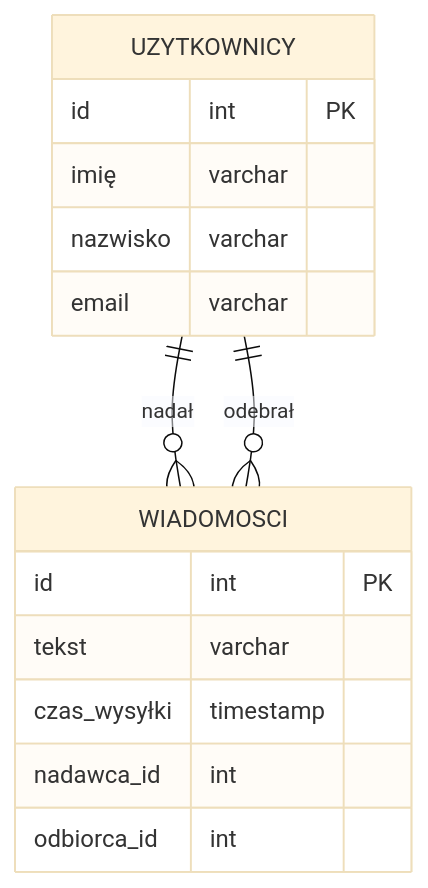
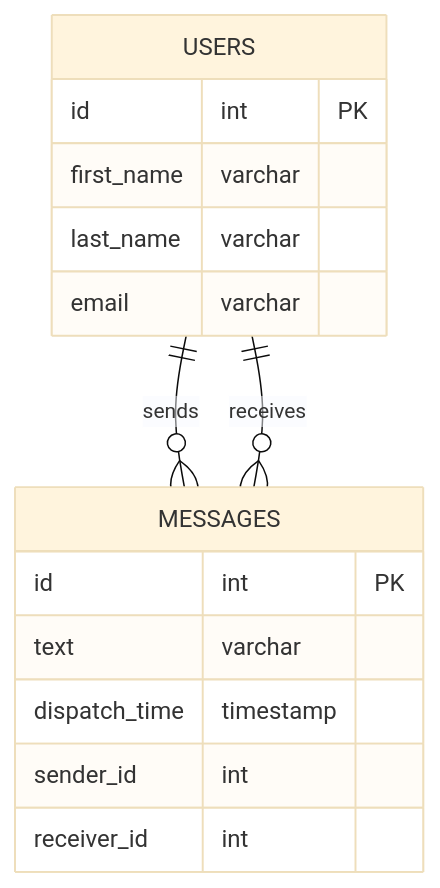
The third of 3 diagrams in README.md (Korius668/ChatApp), drawn with Mermaid (base theme) before and after one commit. The commit also changed other lines of this file, not shown here.

Commit message:
Update README.md with revised project definition and diagrams

````diff
--- a/README.md
+++ b/README.md
@@ -74,18 +82,18 @@
 ```mermaid
 erDiagram
-    UZYTKOWNICY {
+    USERS {
         id int PK
-        imię varchar
-        nazwisko varchar
+        first_name varchar
+        last_name varchar
         email varchar
     }
-    WIADOMOSCI {
+    MESSAGES {
         id int PK
-        tekst varchar
-        czas_wysyłki timestamp
-        nadawca_id int
-        odbiorca_id int
+        text varchar
+        dispatch_time timestamp
+        sender_id int
+        receiver_id int
     }
-    UZYTKOWNICY ||--o{ WIADOMOSCI : nadał
-    UZYTKOWNICY ||--o{ WIADOMOSCI : odebrał
+    USERS ||--o{ MESSAGES : sends
+    USERS ||--o{ MESSAGES : receives
 ```
````
